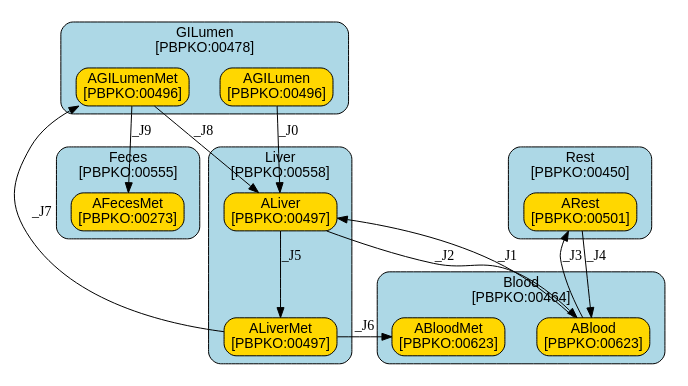
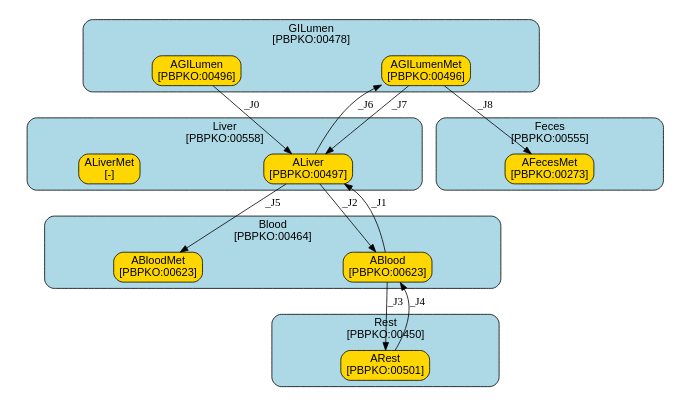
One commit to fair-pbk/exposure-route-pbk-models changed the diagram in models/oral/Bisphenols/Teeguarden/summary.dot. Above: the diagram before and after it, drawn with Graphviz. The commit also changed 134 other files, not shown here.

```diff
--- a/models/oral/Bisphenols/Teeguarden/summary.dot
+++ b/models/oral/Bisphenols/Teeguarden/summary.dot
@@ -1,130 +1,129 @@
 digraph {
 	graph [ratio=fill,
 		size="7,4"
 	];
 	node [fontname=Arial];
 	subgraph cluster_GILumen {
 		graph [color=black,
 			fillcolor=lightblue,
 			fontname=Arial,
 			href="#compartment-GILumen",
 			label="GILumen
 [PBPKO:00478]",
 			shape=box,
 			style="filled,rounded"
 		];
 		AGILumen	[color=black,
 			fillcolor=gold,
 			href="#species-AGILumen",
 			label="AGILumen
 [PBPKO:00496]",
 			shape=box,
 			style="filled,rounded"];
 		AGILumenMet	[color=black,
 			fillcolor=gold,
 			href="#species-AGILumenMet",
 			label="AGILumenMet
 [PBPKO:00496]",
 			shape=box,
 			style="filled,rounded"];
 	}
 	subgraph cluster_Liver {
 		graph [color=black,
 			fillcolor=lightblue,
 			fontname=Arial,
 			href="#compartment-Liver",
 			label="Liver
 [PBPKO:00558]",
 			shape=box,
 			style="filled,rounded"
 		];
 		ALiver	[color=black,
 			fillcolor=gold,
 			href="#species-ALiver",
 			label="ALiver
 [PBPKO:00497]",
 			shape=box,
 			style="filled,rounded"];
 		ALiverMet	[color=black,
 			fillcolor=gold,
 			href="#species-ALiverMet",
 			label="ALiverMet
-[PBPKO:00497]",
+[-]",
 			shape=box,
 			style="filled,rounded"];
 	}
 	subgraph cluster_Blood {
 		graph [color=black,
 			fillcolor=lightblue,
 			fontname=Arial,
 			href="#compartment-Blood",
 			label="Blood
 [PBPKO:00464]",
 			shape=box,
 			style="filled,rounded"
 		];
 		ABlood	[color=black,
 			fillcolor=gold,
 			href="#species-ABlood",
 			label="ABlood
 [PBPKO:00623]",
 			shape=box,
 			style="filled,rounded"];
 		ABloodMet	[color=black,
 			fillcolor=gold,
 			href="#species-ABloodMet",
 			label="ABloodMet
 [PBPKO:00623]",
 			shape=box,
 			style="filled,rounded"];
 	}
 	subgraph cluster_Rest {
 		graph [color=black,
 			fillcolor=lightblue,
 			fontname=Arial,
 			href="#compartment-Rest",
 			label="Rest
 [PBPKO:00450]",
 			shape=box,
 			style="filled,rounded"
 		];
 		ARest	[color=black,
 			fillcolor=gold,
 			href="#species-ARest",
 			label="ARest
 [PBPKO:00501]",
 			shape=box,
 			style="filled,rounded"];
 	}
 	subgraph cluster_Feces {
 		graph [color=black,
 			fillcolor=lightblue,
 			fontname=Arial,
 			href="#compartment-Feces",
 			label="Feces
 [PBPKO:00555]",
 			shape=box,
 			style="filled,rounded"
 		];
 		AFecesMet	[color=black,
 			fillcolor=gold,
 			href="#species-AFecesMet",
 			label="AFecesMet
 [PBPKO:00273]",
 			shape=box,
 			style="filled,rounded"];
 	}
 	AGILumen -> ALiver	[label=_J0,
 		minlen=1];
-	AGILumenMet -> ALiver	[label=_J8];
-	AGILumenMet -> AFecesMet	[label=_J9,
+	AGILumenMet -> ALiver	[label=_J7];
+	AGILumenMet -> AFecesMet	[label=_J8,
 		minlen=1];
-	ALiver -> ALiverMet	[label=_J5];
+	ALiver -> AGILumenMet	[label=_J6];
 	ALiver -> ABlood	[label=_J2];
-	ALiverMet -> AGILumenMet	[label=_J7];
-	ALiverMet -> ABloodMet	[label=_J6,
+	ALiver -> ABloodMet	[label=_J5,
 		minlen=1];
 	ABlood -> ALiver	[label=_J1];
 	ABlood -> ARest	[label=_J3];
 	ARest -> ABlood	[label=_J4];
 }
```
